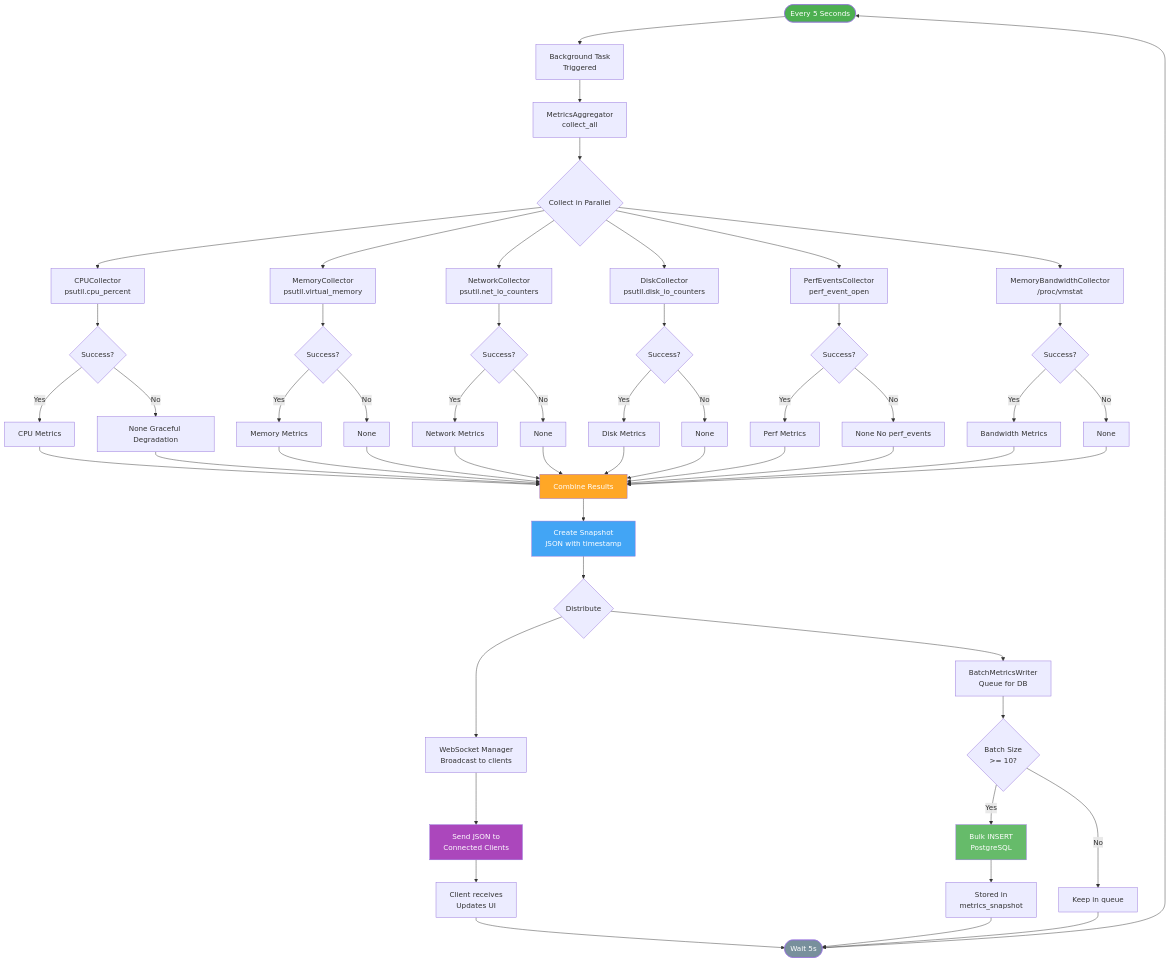
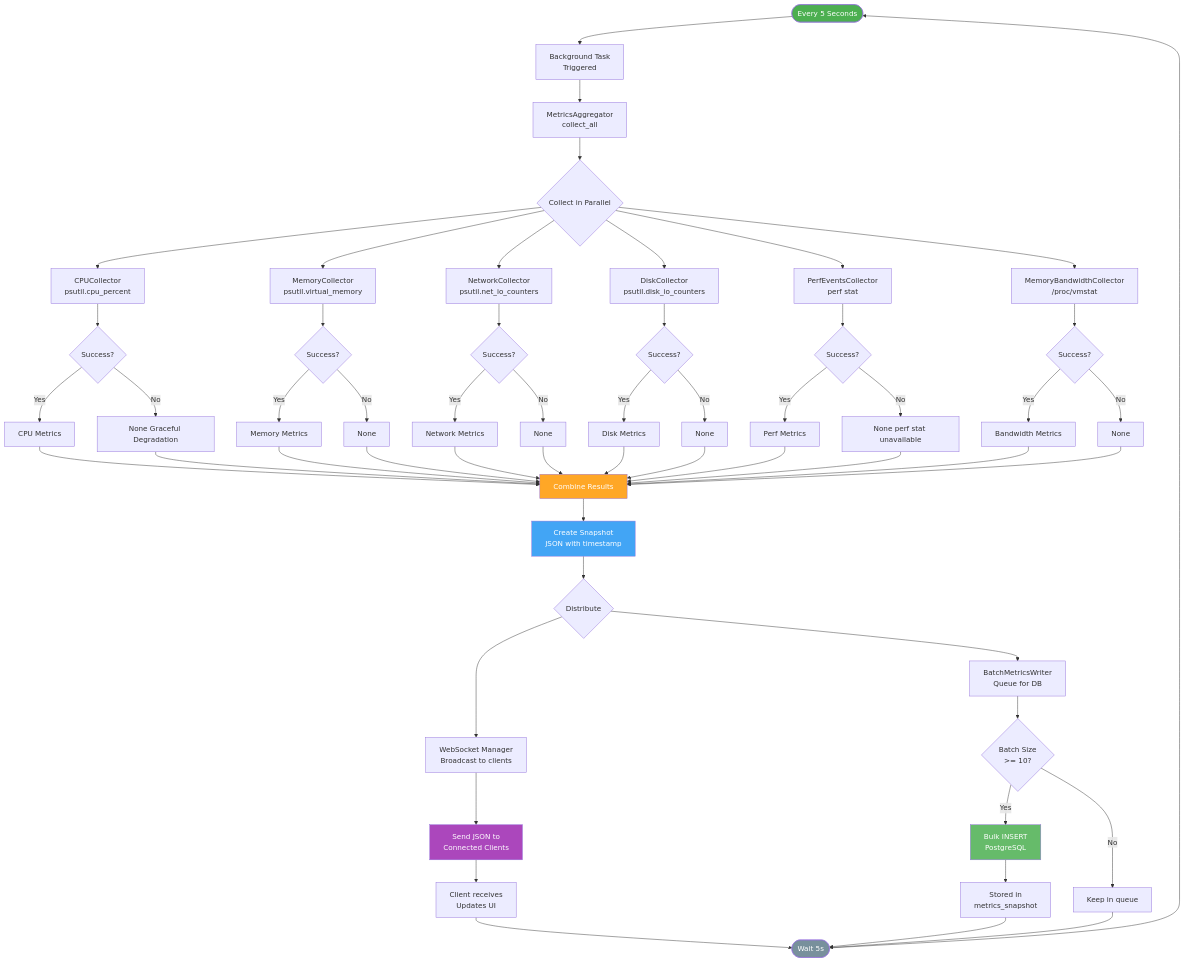
One commit to zhyndalf/perfwatch changed the first of 5 diagrams in docs/diagrams/product-managers/feature-flows.md. Above: the diagram before and after it, drawn with Mermaid. The commit also changed 52 other files, not shown here.

Commit message:
refactor: perf stat collector and docs sync

````diff
--- a/docs/diagrams/product-managers/feature-flows.md
+++ b/docs/diagrams/product-managers/feature-flows.md
@@ -11,79 +11,79 @@
 ```mermaid
 flowchart TD
     Start([Every 5 Seconds]) --> BGTask[Background Task<br/>Triggered]
     BGTask --> Aggregator[MetricsAggregator<br/>collect_all]
 
     Aggregator --> Parallel{Collect in Parallel}
 
     Parallel --> CPU[CPUCollector<br/>psutil.cpu_percent]
     Parallel --> Memory[MemoryCollector<br/>psutil.virtual_memory]
     Parallel --> Network[NetworkCollector<br/>psutil.net_io_counters]
     Parallel --> Disk[DiskCollector<br/>psutil.disk_io_counters]
-    Parallel --> Perf[PerfEventsCollector<br/>perf_event_open]
+    Parallel --> Perf[PerfEventsCollector<br/>perf stat]
     Parallel --> Bandwidth[MemoryBandwidthCollector<br/>/proc/vmstat]
 
     CPU --> CheckCPU{Success?}
     Memory --> CheckMem{Success?}
     Network --> CheckNet{Success?}
     Disk --> CheckDisk{Success?}
     Perf --> CheckPerf{Success?}
     Bandwidth --> CheckBand{Success?}
 
     CheckCPU -->|Yes| CPUData[CPU Metrics]
     CheckCPU -->|No| CPUNull[None Graceful Degradation]
 
     CheckMem -->|Yes| MemData[Memory Metrics]
     CheckMem -->|No| MemNull[None]
 
     CheckNet -->|Yes| NetData[Network Metrics]
     CheckNet -->|No| NetNull[None]
 
     CheckDisk -->|Yes| DiskData[Disk Metrics]
     CheckDisk -->|No| DiskNull[None]
 
     CheckPerf -->|Yes| PerfData[Perf Metrics]
-    CheckPerf -->|No| PerfNull[None No perf_events]
+    CheckPerf -->|No| PerfNull[None perf stat unavailable]
 
     CheckBand -->|Yes| BandData[Bandwidth Metrics]
     CheckBand -->|No| BandNull[None]
 
     CPUData --> Combine[Combine Results]
     CPUNull --> Combine
     MemData --> Combine
     MemNull --> Combine
     NetData --> Combine
     NetNull --> Combine
     DiskData --> Combine
     DiskNull --> Combine
     PerfData --> Combine
     PerfNull --> Combine
     BandData --> Combine
     BandNull --> Combine
 
     Combine --> Snapshot[Create Snapshot<br/>JSON with timestamp]
 
     Snapshot --> Split{Distribute}
 
     Split --> Database[BatchMetricsWriter<br/>Queue for DB]
     Split --> WebSocket[WebSocket Manager<br/>Broadcast to clients]
 
     Database --> BatchCheck{Batch Size<br/>>= 10?}
     BatchCheck -->|No| QueueWait[Keep in queue]
     BatchCheck -->|Yes| BulkInsert[Bulk INSERT<br/>PostgreSQL]
     BulkInsert --> DBDone[Stored in<br/>metrics_snapshot]
 
     WebSocket --> SendToClients[Send JSON to<br/>Connected Clients]
     SendToClients --> ClientUpdate[Client receives<br/>Updates UI]
 
     ClientUpdate --> End([Wait 5s])
     DBDone --> End
     QueueWait --> End
     End --> Start
 
     style Start fill:#4CAF50,color:#fff
     style Combine fill:#FFA726,color:#fff
     style Snapshot fill:#42A5F5,color:#fff
     style BulkInsert fill:#66BB6A,color:#fff
     style SendToClients fill:#AB47BC,color:#fff
     style End fill:#78909C,color:#fff
 ```
````
